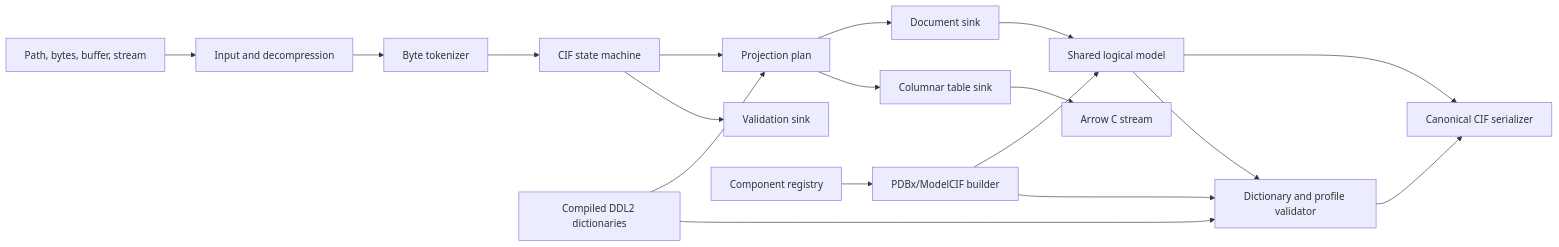
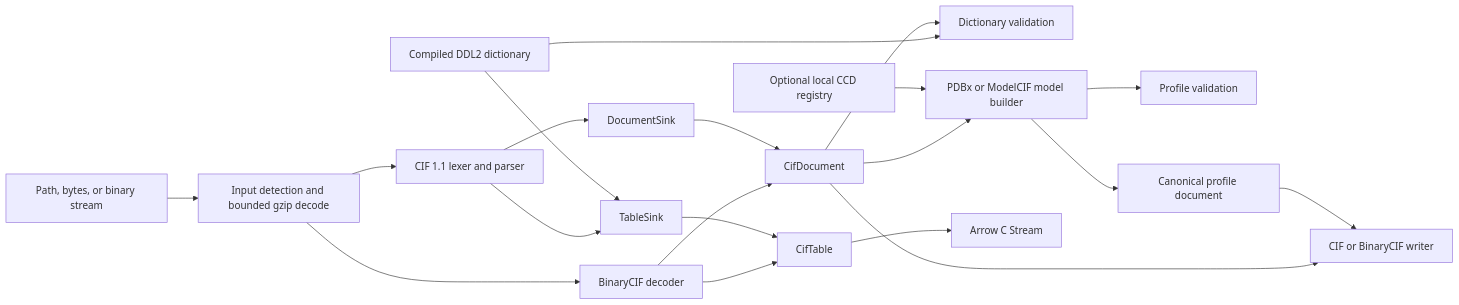
The diagram in DESIGN.md (jamaliki/Nibbler), drawn with Mermaid before and after one commit. The commit also changed other lines of this file and 74 other files, not shown here.

Commit message:
Simplify Nibbler architecture and document final design

````diff
--- a/DESIGN.md
+++ b/DESIGN.md
@@ -154,20 +26,22 @@
 ```mermaid
 flowchart LR
-    S["Path, bytes, buffer, stream"] --> I["Input and decompression"]
-    I --> L["Byte tokenizer"]
-    L --> P["CIF state machine"]
-    P --> Q["Projection plan"]
-    Q --> DS["Document sink"]
-    Q --> TS["Columnar table sink"]
-    P --> VS["Validation sink"]
-    DS --> M["Shared logical model"]
-    TS --> A["Arrow C stream"]
-    M --> W["Canonical CIF serializer"]
-    MM["PDBx/ModelCIF builder"] --> M
-    CR["Component registry"] --> MM
-    D["Compiled DDL2 dictionaries"] --> Q
-    D --> V["Dictionary and profile validator"]
-    M --> V
-    MM --> V
-    V --> W
+    I["Path, bytes, or binary stream"] --> D["Input detection and bounded gzip decode"]
+    D --> T["CIF 1.1 lexer and parser"]
+    D --> B["BinaryCIF decoder"]
+    T --> DS["DocumentSink"]
+    T --> TS["TableSink"]
+    B --> DOC["CifDocument"]
+    B --> TAB["CifTable"]
+    DS --> DOC
+    TS --> TAB
+    SD["Compiled DDL2 dictionary"] --> TS
+    SD --> V["Dictionary validation"]
+    DOC --> V
+    DOC --> M["PDBx or ModelCIF model builder"]
+    R["Optional local CCD registry"] --> M
+    M --> PV["Profile validation"]
+    DOC --> W["CIF or BinaryCIF writer"]
+    M --> CW["Canonical profile document"]
+    CW --> W
+    TAB --> A["Arrow C Stream"]
 ```
````
